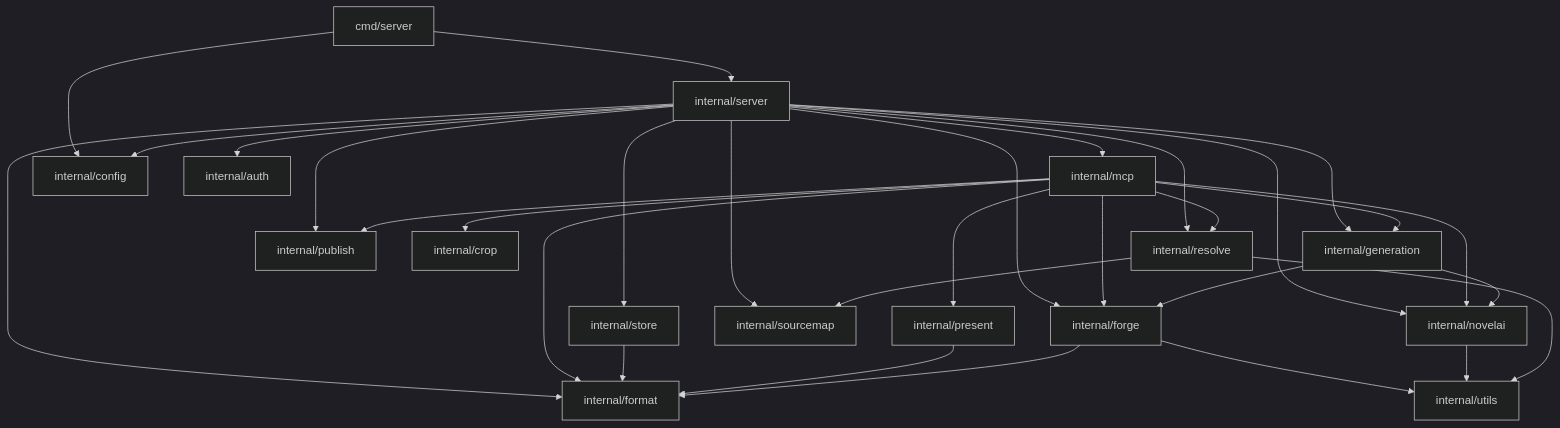
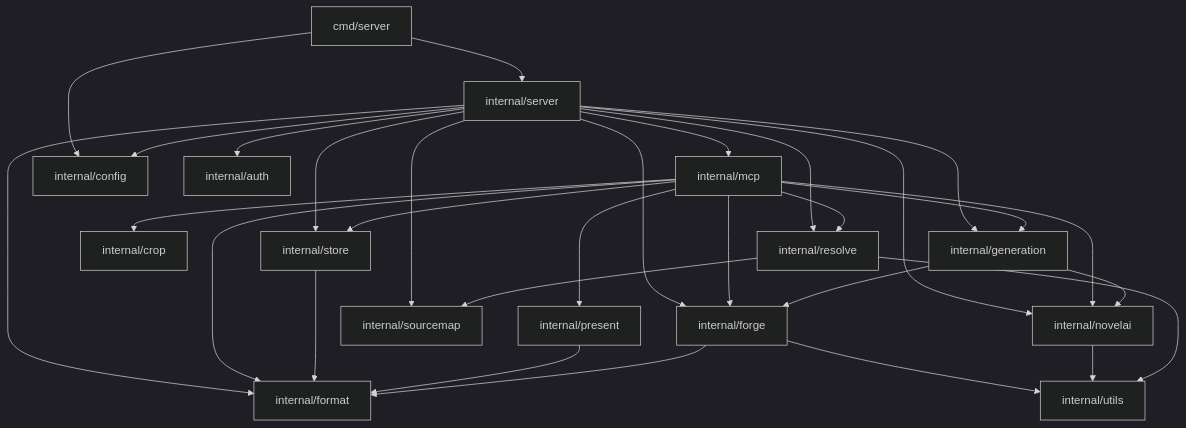
One commit to wishmatic/neo-mcp changed the diagram in AGENTS.md. Above: the diagram before and after it, drawn with Mermaid (dark theme). The commit also changed 17 other files, not shown here.

Commit message:
Remove publish package in favor of store.Client

````diff
--- a/AGENTS.md
+++ b/AGENTS.md
@@ -83,54 +83,52 @@
 ```mermaid
 flowchart TD
     cmd["cmd/server"]
     server["internal/server"]
     mcp["internal/mcp"]
     generation["internal/generation"]
     present["internal/present"]
-    publish["internal/publish"]
     crop["internal/crop"]
     format["internal/format"]
     forge["internal/forge"]
     novelai["internal/novelai"]
     sourcemap["internal/sourcemap"]
     resolve["internal/resolve"]
     store["internal/store"]
     config["internal/config"]
     auth["internal/auth"]
     utils["internal/utils"]
 
     cmd --> server
     cmd --> config
 
     server --> mcp
     server --> generation
-    server --> publish
     server --> auth
     server --> config
     server --> forge
     server --> novelai
     server --> resolve
     server --> store
     server --> format
     server --> sourcemap
 
     mcp --> generation
     mcp --> forge
     mcp --> crop
     mcp --> present
-    mcp --> publish
     mcp --> format
     mcp --> novelai
     mcp --> resolve
+    mcp --> store
 
     generation --> forge
     generation --> novelai
     store --> format
     present --> format
 
     forge --> format
     forge --> utils
     novelai --> utils
     resolve --> sourcemap
     resolve --> utils
 ```
````
